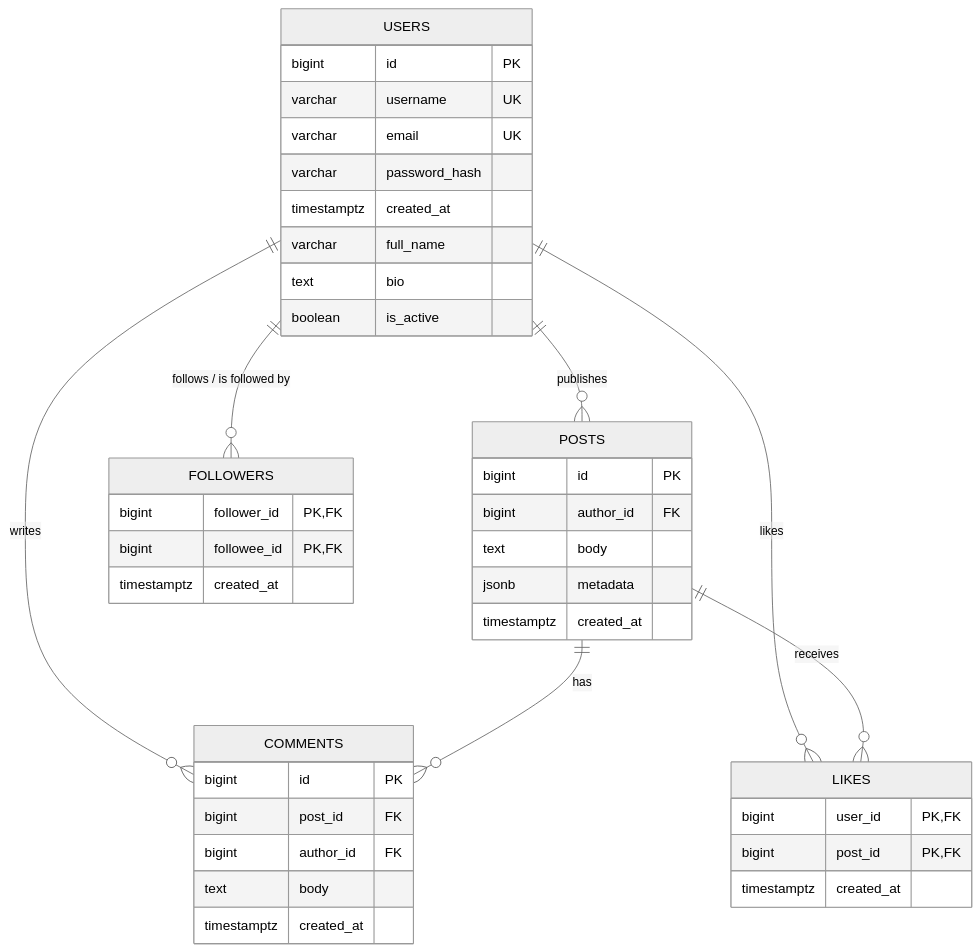
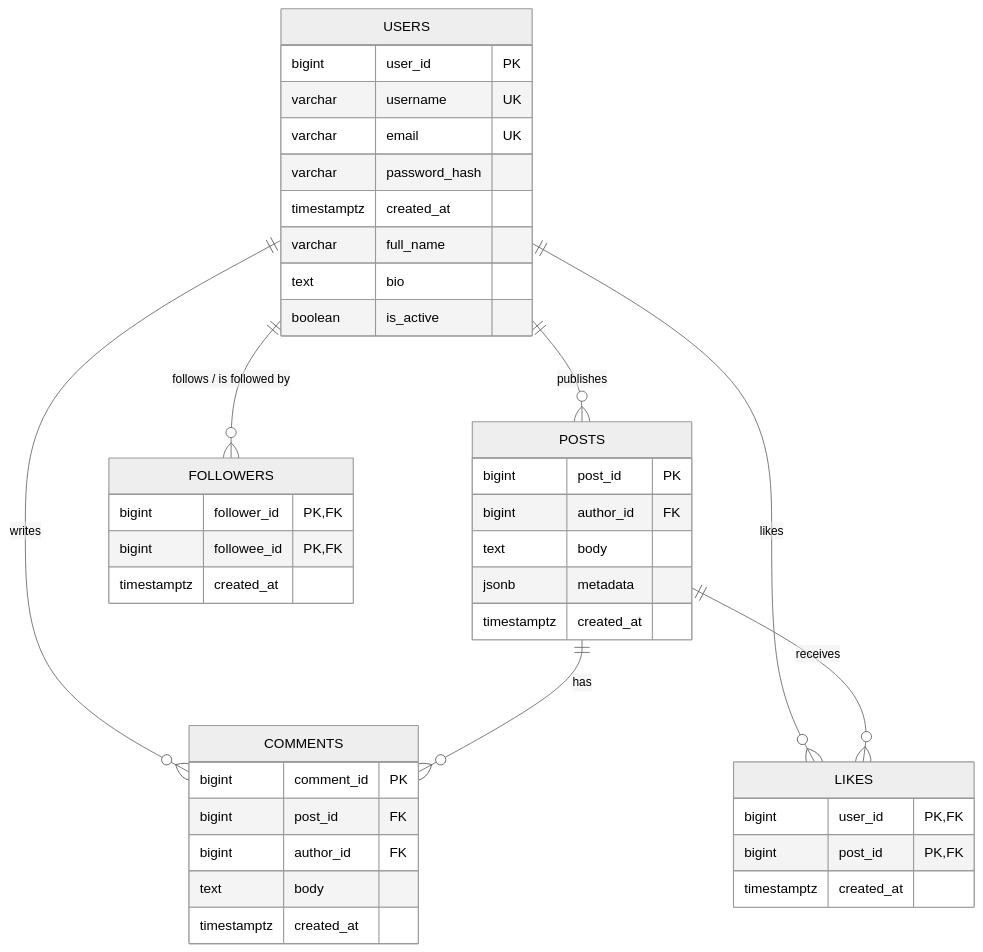
The diagram in Database_Fundamentals/Social_Media_Lab/README.md (Ndaziramiyep/AmaliTech_Python_Backend_Labs), drawn with Mermaid (neutral theme) before and after one commit. The commit also changed other lines of this file, not shown here.

````diff
--- a/Database_Fundamentals/Social_Media_Lab/README.md
+++ b/Database_Fundamentals/Social_Media_Lab/README.md
@@ -37,48 +37,48 @@
 ```mermaid
 erDiagram
     USERS ||--o{ POSTS      : publishes
     USERS ||--o{ COMMENTS   : writes
     POSTS ||--o{ COMMENTS   : has
     USERS ||--o{ LIKES      : likes
     POSTS ||--o{ LIKES      : receives
     USERS ||--o{ FOLLOWERS  : "follows / is followed by"
 
     USERS {
-        bigint      id             PK
+        bigint      user_id        PK
         varchar     username       UK
         varchar     email          UK
         varchar     password_hash
         timestamptz created_at
         varchar     full_name
         text        bio
         boolean     is_active
     }
 
     POSTS {
-        bigint      id           PK
+        bigint      post_id      PK
         bigint      author_id    FK
         text        body
         jsonb       metadata
         timestamptz created_at
     }
 
     COMMENTS {
-        bigint      id           PK
+        bigint      comment_id   PK
         bigint      post_id      FK
         bigint      author_id    FK
         text        body
         timestamptz created_at
     }
 
     LIKES {
         bigint      user_id      PK,FK
         bigint      post_id      PK,FK
         timestamptz created_at
     }
 
     FOLLOWERS {
         bigint      follower_id  PK,FK
         bigint      followee_id  PK,FK
         timestamptz created_at
     }
 ```
````
